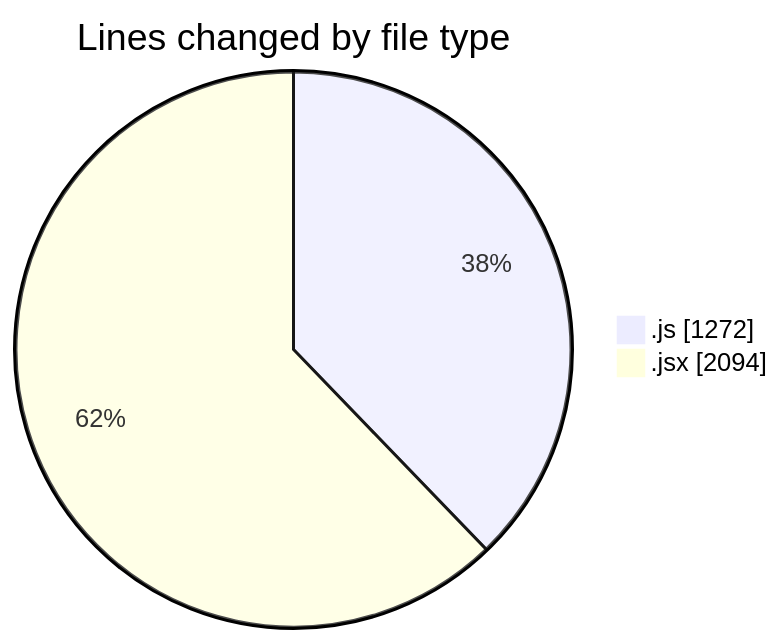
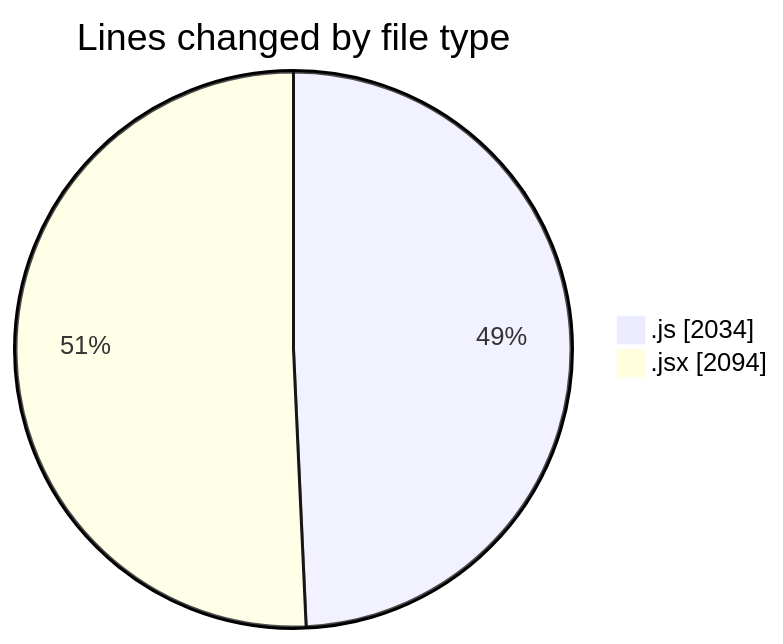
Before and after one commit to nxtqubesakshisongat/code-tracking: the first of 2 diagrams in 2025-09-01/nxtqube_webapp/README.md, drawn with Mermaid. The commit also changed other lines of this file and 1 other file, not shown here.

````diff
--- a/2025-09-01/nxtqube_webapp/README.md
+++ b/2025-09-01/nxtqube_webapp/README.md
@@ -25,6 +25,6 @@
 ```mermaid
 pie showData
 title Lines changed by file type
-".js" : 1272
+".js" : 2034
 ".jsx" : 2094
 ```
````
